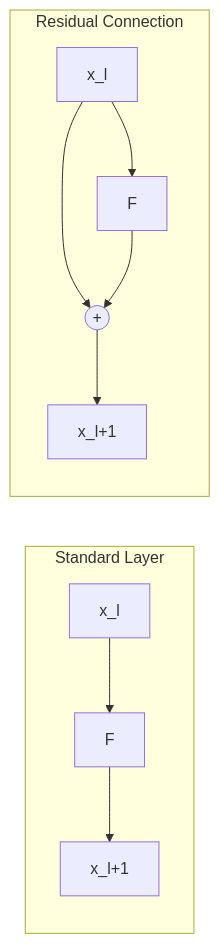
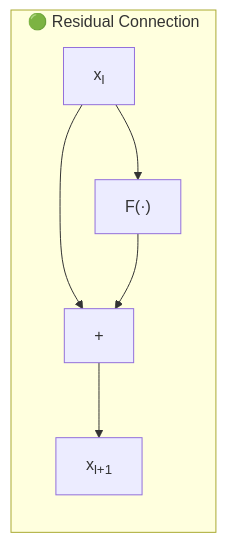
Before and after one commit to sandeeppandey456/sandeeppandey456.github.io: the second of 11 diagrams in _posts/2026-01-06-manifold-constrained-hyper-connections.md, drawn with Mermaid. The commit also changed other lines of this file, not shown here.

```diff
--- a/_posts/2026-01-06-manifold-constrained-hyper-connections.md
+++ b/_posts/2026-01-06-manifold-constrained-hyper-connections.md
@@ -41,12 +150,9 @@
 <div class="mermaid">
-flowchart LR
-    subgraph Standard["Standard Layer"]
-        A1[x_l] --> F1[F] --> B1[x_l+1]
-    end
-    subgraph Residual["Residual Connection"]
-        A2[x_l] --> F2[F]
-        A2 --> add((+))
+graph LR
+    subgraph Residual["🟢 Residual Connection"]
+        A2["x<sub>l</sub>"] --> F2["F(·)"]
+        A2 --> add["+"]
         F2 --> add
-        add --> B2[x_l+1]
+        add --> B2["x<sub>l+1</sub>"]
     end
 </div>
```
